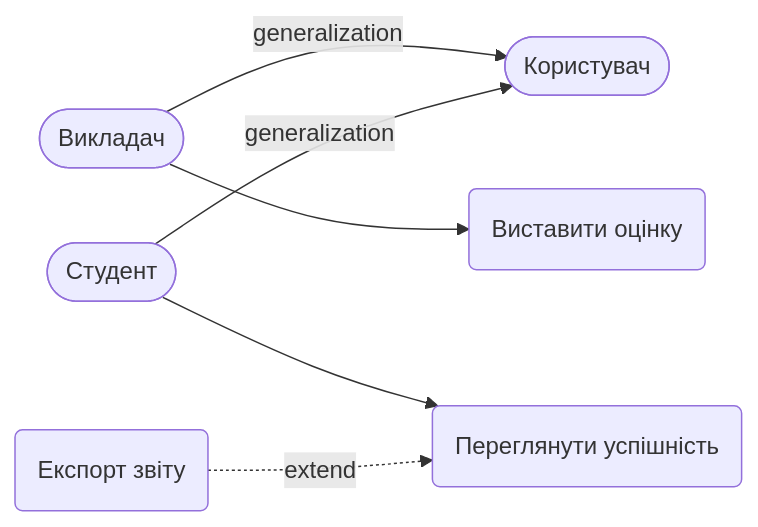
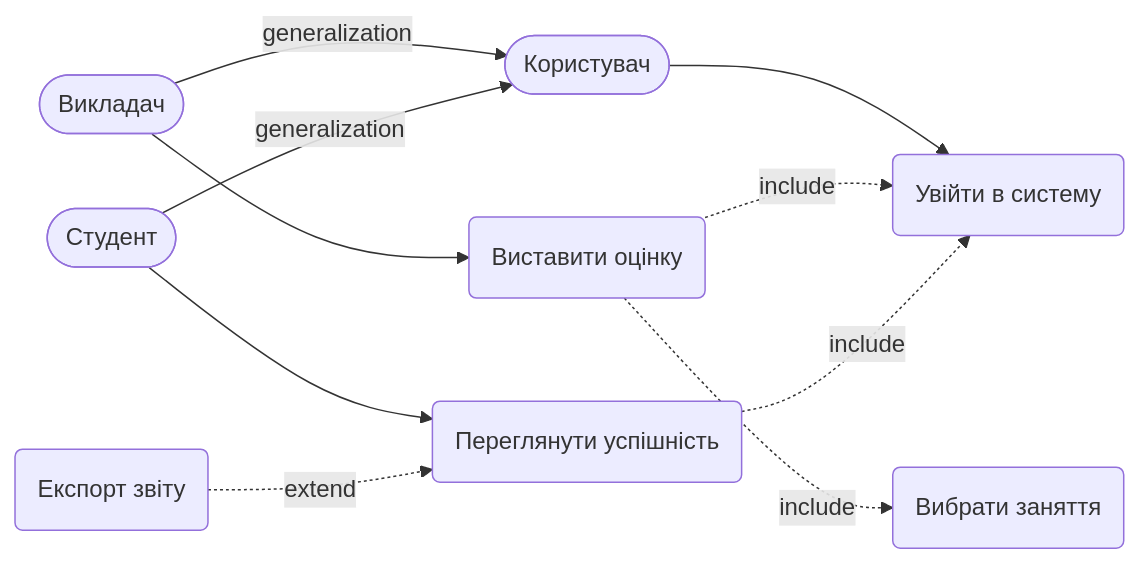
One commit to Mayki603/gradebook changed the diagram in use-cases.md. Above: the diagram before and after it, drawn with Mermaid. The commit also changed other lines of this file, not shown here.

Commit message:
feat(req): прибрано історію з REQ-4, виправлено NFR, додано Auth та include у Mermaid

````diff
--- a/use-cases.md
+++ b/use-cases.md
@@ -46,18 +43,24 @@
 ```mermaid
 flowchart LR
     User([Користувач])
     Teacher([Викладач])
     Student([Студент])
 
     Teacher -- "generalization" --> User
     Student -- "generalization" --> User
 
+    Auth(Увійти в систему)
     UC1(Виставити оцінку)
+    SelectClass(Вибрати заняття)
     UC2(Переглянути успішність)
-    Export(Експорт звіту)
+    Download(Експорт звіту)
 
+    User --> Auth
     Teacher --> UC1
     Student --> UC2
 
-    Export -. "extend" .-> UC2
+    UC1 -. "include" .-> SelectClass
+    UC1 -. "include" .-> Auth
+    UC2 -. "include" .-> Auth
+    Download -. "extend" .-> UC2
 ```
````
